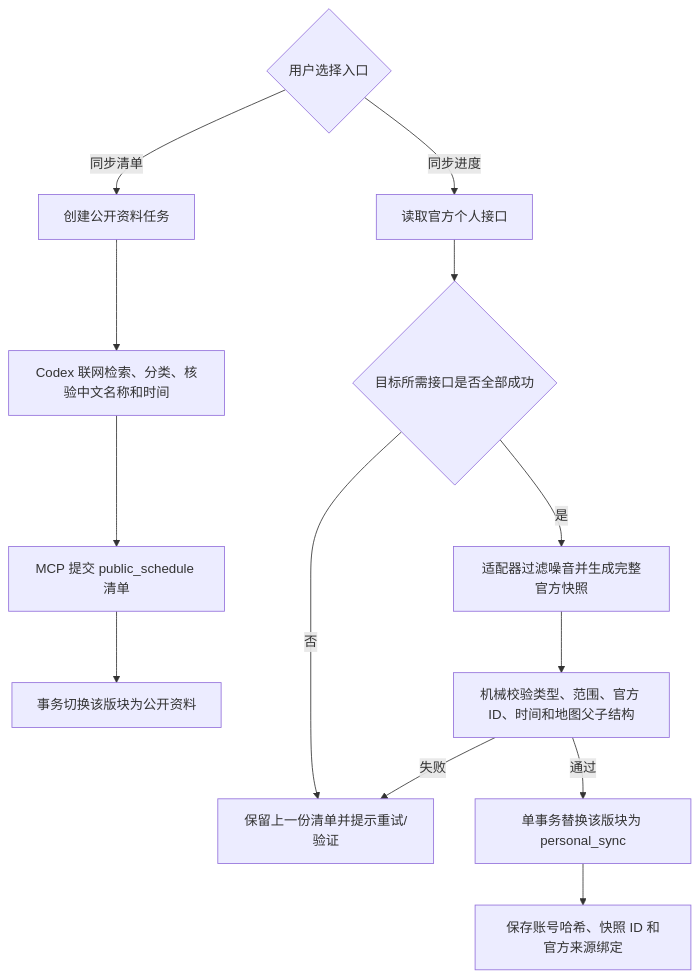
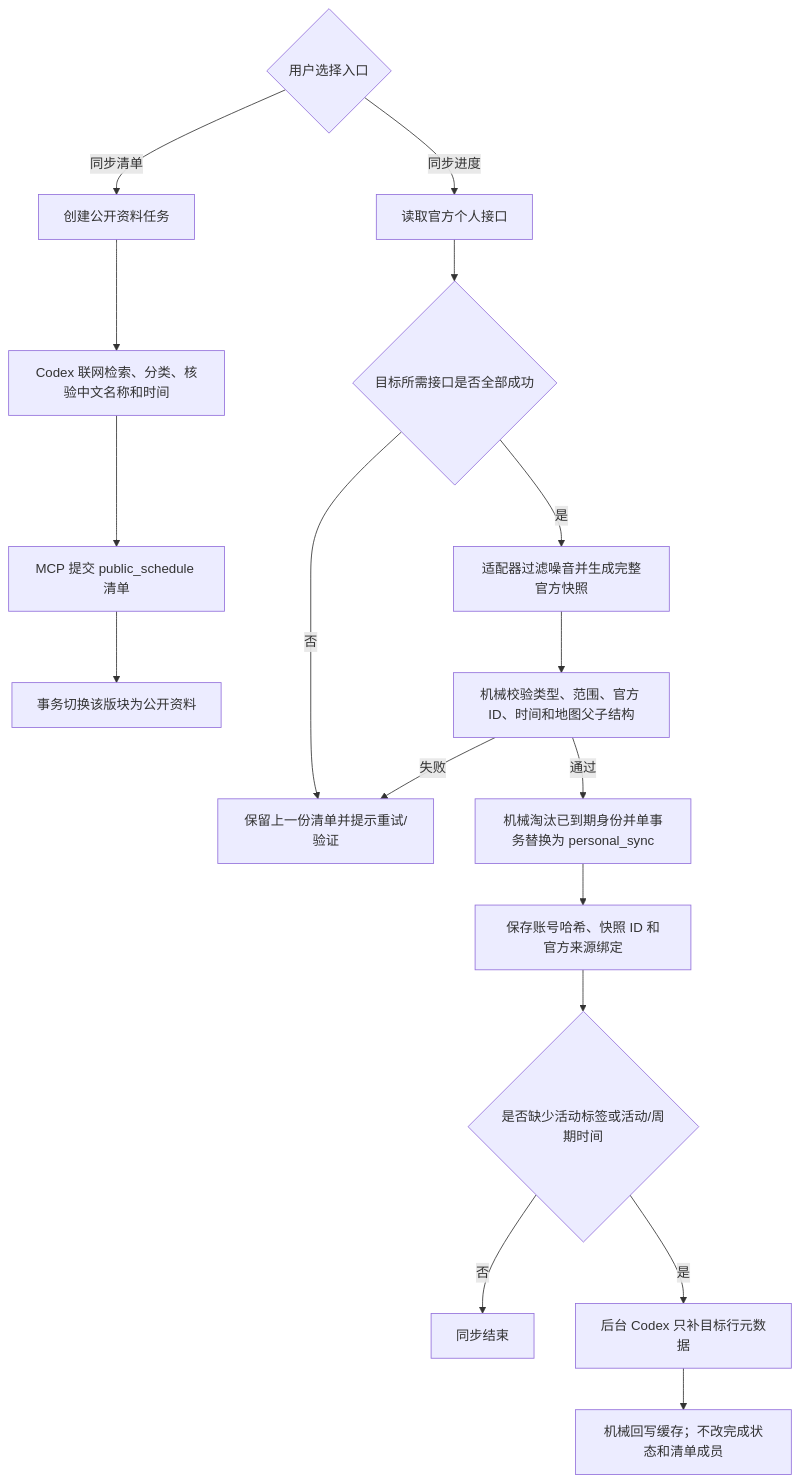
Before and after one commit to BaiQue3rL/Gtask: the diagram in docs/sync-architecture-redesign.md, drawn with Mermaid. The commit also changed other lines of this file and 16 other files, not shown here.

Commit message:
feat: enrich personal sync metadata safely

````diff
--- a/docs/sync-architecture-redesign.md
+++ b/docs/sync-architecture-redesign.md
@@ -28,17 +28,21 @@
 ```mermaid
 flowchart TD
     U{"用户选择入口"}
     U -->|同步清单| P1["创建公开资料任务"]
     P1 --> P2["Codex 联网检索、分类、核验中文名称和时间"]
     P2 --> P3["MCP 提交 public_schedule 清单"]
     P3 --> P4["事务切换该版块为公开资料"]
 
     U -->|同步进度| A1["读取官方个人接口"]
     A1 --> A2{"目标所需接口是否全部成功"}
     A2 -->|否| K["保留上一份清单并提示重试/验证"]
     A2 -->|是| A3["适配器过滤噪音并生成完整官方快照"]
     A3 --> A4["机械校验类型、范围、官方 ID、时间和地图父子结构"]
     A4 -->|失败| K
-    A4 -->|通过| A5["单事务替换该版块为 personal_sync"]
+    A4 -->|通过| A5["机械淘汰已到期身份并单事务替换为 personal_sync"]
     A5 --> A6["保存账号哈希、快照 ID 和官方来源绑定"]
+    A6 --> A7{"是否缺少活动标签或活动/周期时间"}
+    A7 -->|否| A8["同步结束"]
+    A7 -->|是| A9["后台 Codex 只补目标行元数据"]
+    A9 --> A10["机械回写缓存；不改完成状态和清单成员"]
 ```
````
